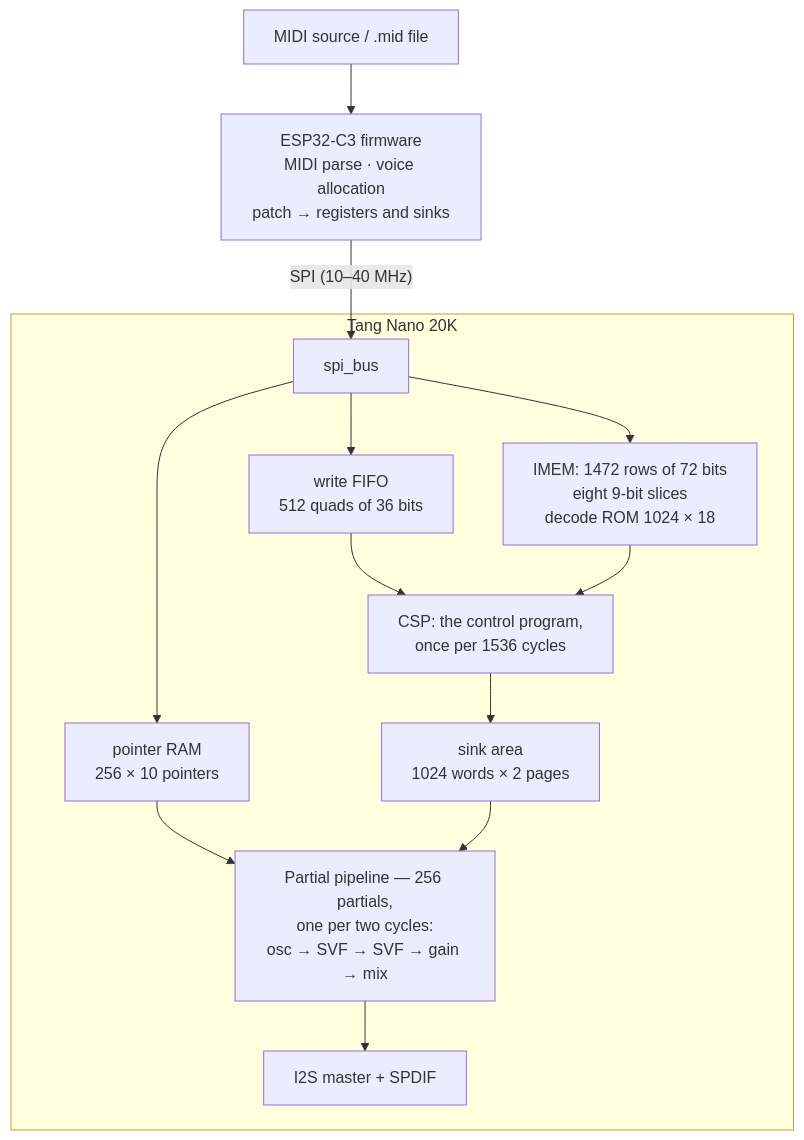
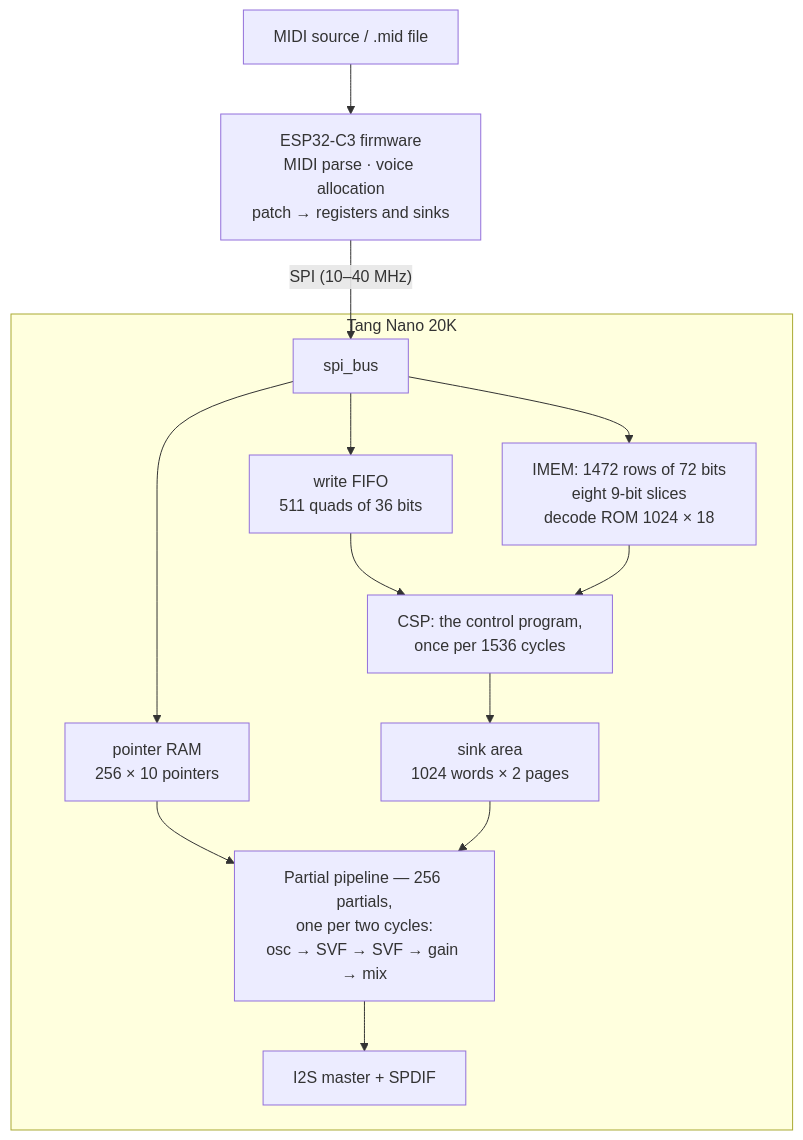
The diagram in docs/memory_map.md (Thorwegian/noaidi-fpga-synth), drawn with Mermaid before and after one commit. The commit also changed other lines of this file and 20 other files, not shown here.

````diff
--- a/docs/memory_map.md
+++ b/docs/memory_map.md
@@ -38,16 +38,16 @@
 ```mermaid
 flowchart TD
     MIDI["MIDI source / .mid file"] --> ESP["ESP32-C3 firmware<br/>MIDI parse · voice allocation<br/>patch → registers and sinks"]
     ESP -- "SPI (10–40 MHz)" --> BUS["spi_bus"]
     subgraph FG["Tang Nano 20K"]
-        BUS --> Q["write FIFO<br/>512 quads of 36 bits"]
+        BUS --> Q["write FIFO<br/>511 quads of 36 bits"]
         BUS --> PGM["IMEM: 1472 rows of 72 bits<br/>eight 9-bit slices<br/>decode ROM 1024 × 18"]
         BUS --> PTR["pointer RAM<br/>256 × 10 pointers"]
         Q --> CSP["CSP: the control program,<br/>once per 1536 cycles"]
         PGM --> CSP
         CSP --> SINKS["sink area<br/>1024 words × 2 pages"]
         PTR --> PIPE["Partial pipeline — 256 partials,<br/>one per two cycles:<br/>osc → SVF → SVF → gain → mix"]
         SINKS --> PIPE
         PIPE --> OUT["I2S master + SPDIF"]
     end
 ```
````
